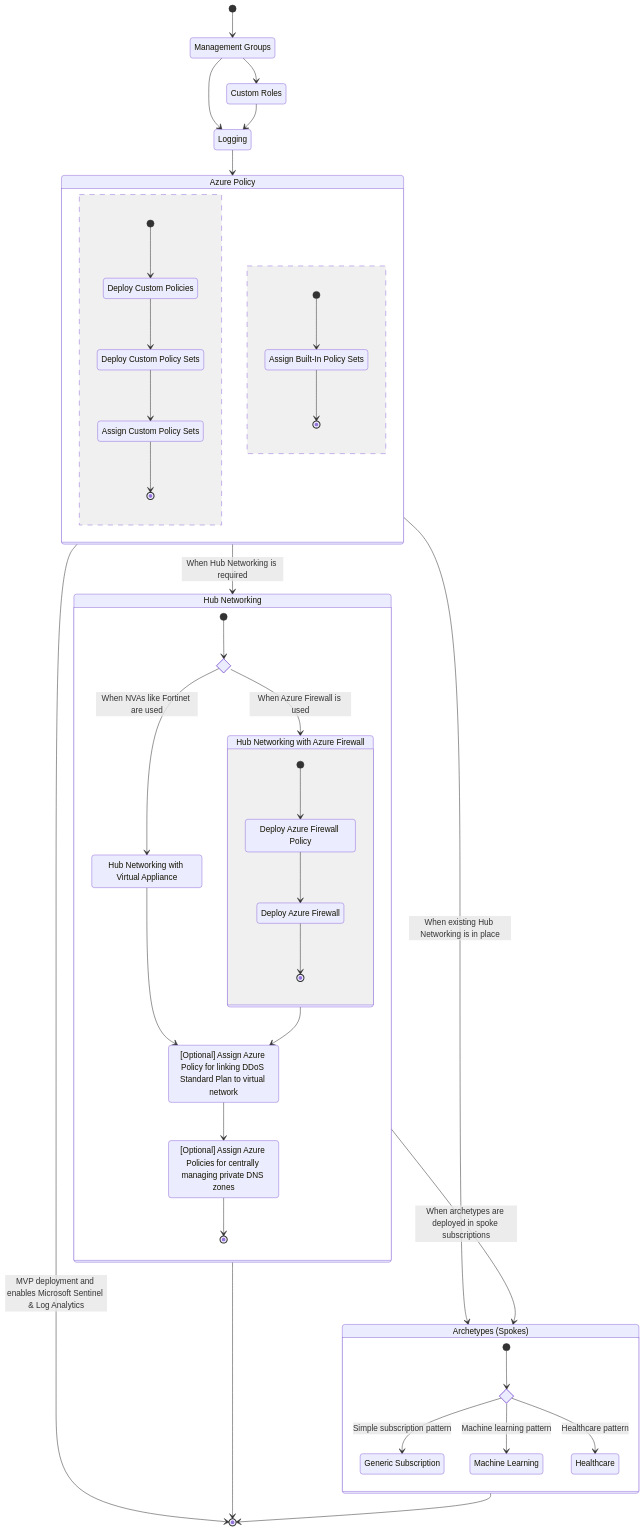
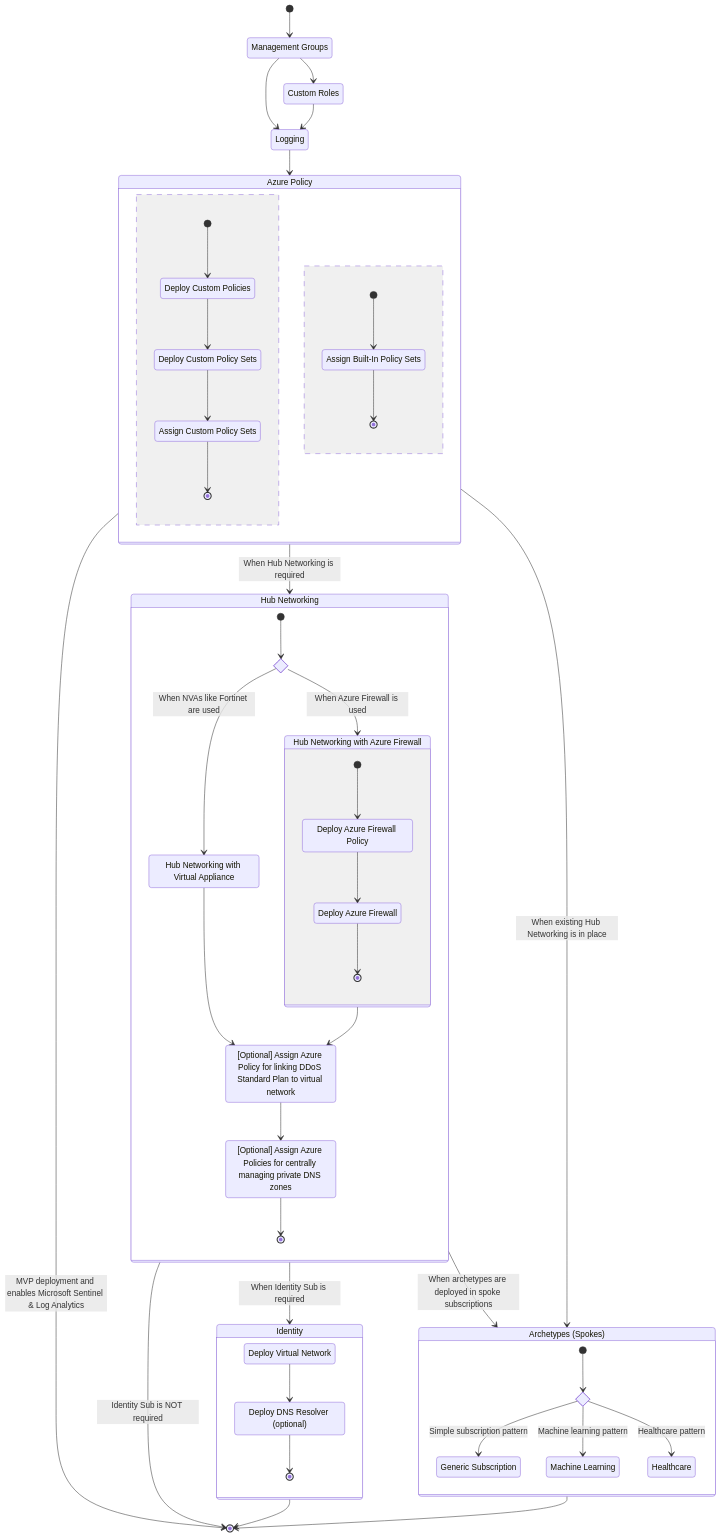
The second of 2 diagrams in docs/onboarding/azure-devops-pipelines.md (Azure/CanadaPubSecALZ), drawn with Mermaid before and after one commit. The commit also changed other lines of this file and 21 other files, not shown here.

````diff
--- a/docs/onboarding/azure-devops-pipelines.md
+++ b/docs/onboarding/azure-devops-pipelines.md
@@ -102,6 +106,10 @@
     DeployAzureFirewall: Deploy Azure Firewall
     AssignDDOSPolicy: [Optional] Assign Azure Policy for linking DDoS Standard Plan to virtual network
     AssignPrivateDNSZonesPolicy: [Optional] Assign Azure Policies for centrally managing private DNS zones
+
+    Identity: Identity
+    DeployVirtualNetwork: Deploy Virtual Network
+    DeployDNSResolver: Deploy DNS Resolver (optional)
 
     Archetypes: Archetypes (Spokes)
     DeployGenericSubscriptionArchetype: Generic Subscription
@@ -126,6 +134,7 @@
     }
 
     Policy --> HubNetworking: When Hub Networking is required
+    HubNetworking --> Archetypes: When archetypes are deployed in spoke subscriptions
     Policy --> Archetypes: When existing Hub Networking is in place
 
     state HubNetworking {
@@ -150,7 +159,13 @@
         AssignPrivateDNSZonesPolicy --> [*]
     }
 
-    HubNetworking --> Archetypes: When archetypes are deployed in spoke subscriptions
+    HubNetworking --> Identity: When Identity Sub is required
+
+    state Identity {
+        DeployVirtualNetwork --> DeployDNSResolver
+        DeployDNSResolver --> [*]
+    }
+    
 
     state Archetypes {
         state ArchetypeChoice <<choice>>
@@ -163,6 +178,7 @@
     }
 
     Policy --> [*]: MVP deployment and enables Microsoft Sentinel & Log Analytics
-    HubNetworking --> [*]
+    HubNetworking --> [*]: Identity Sub is NOT required
+    Identity --> [*]
     Archetypes --> [*]
 ```
````
